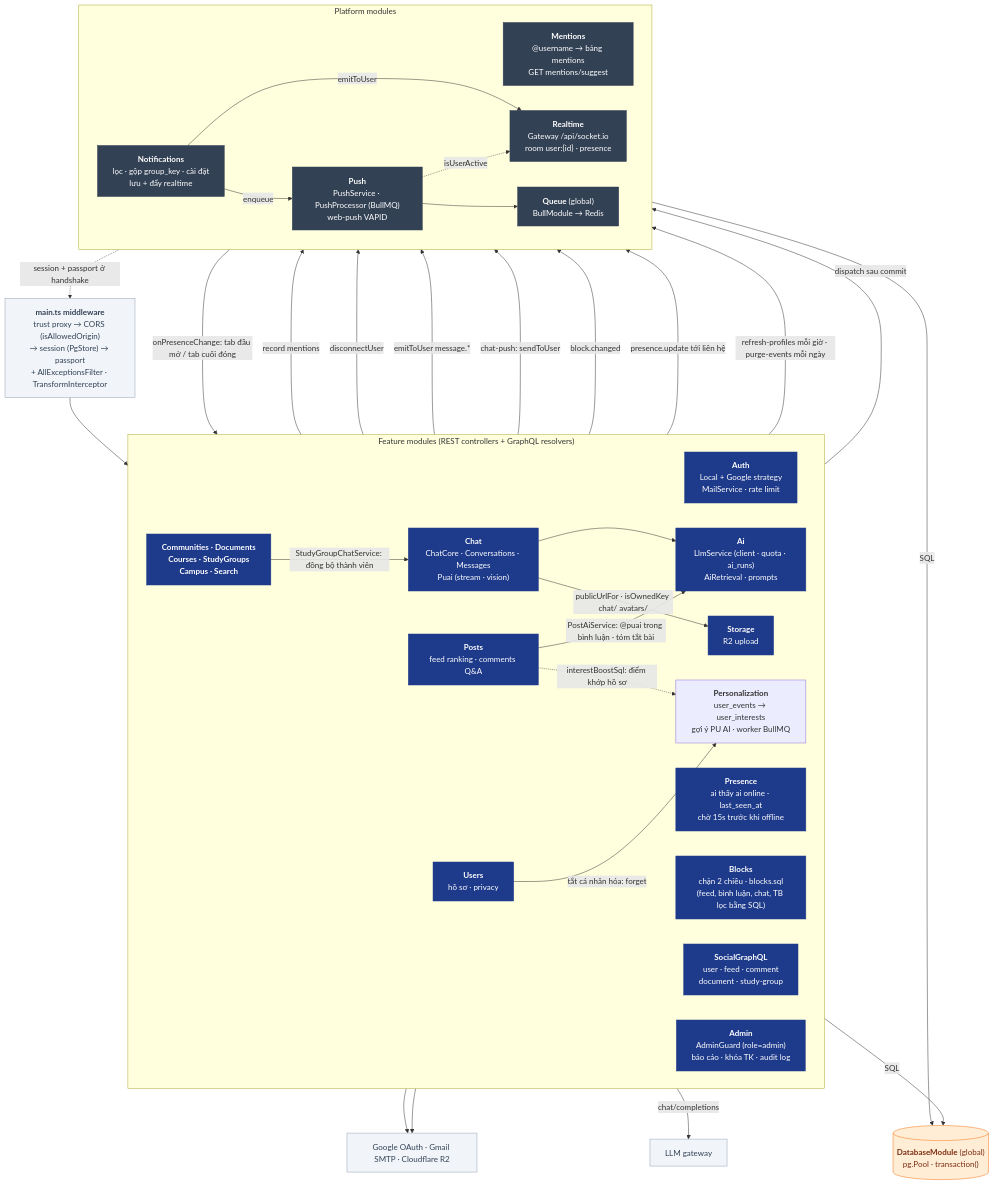
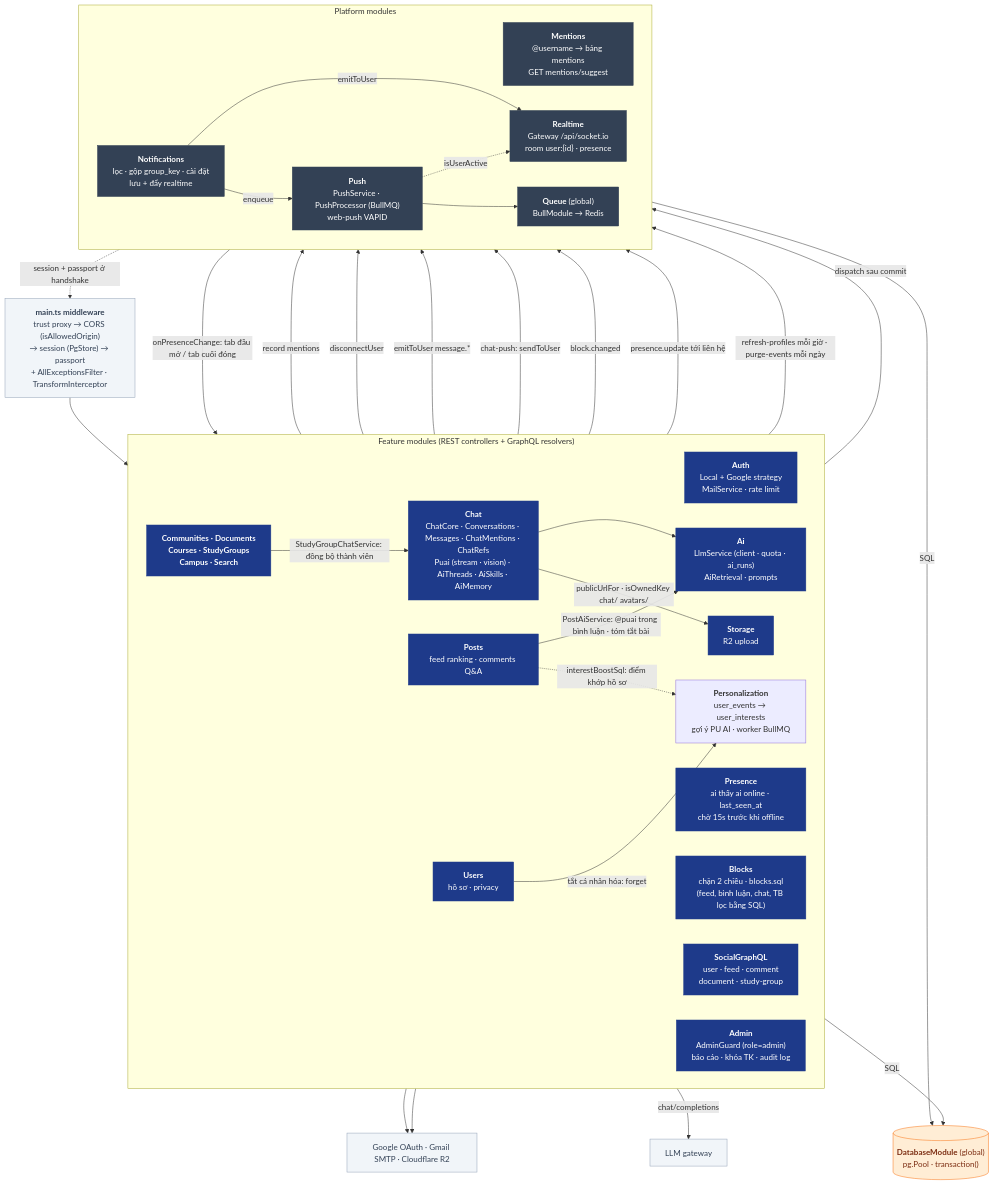
Before and after one commit to nhatcoi/pu-connect: the diagram in docs/diagrams/03-api-components.md, drawn with Mermaid. The commit also changed other lines of this file and 6 other files, not shown here.

Commit message:
docs(chat): document mentions, AI threads, skills, connectors; regenerate ERD

````diff
--- a/docs/diagrams/03-api-components.md
+++ b/docs/diagrams/03-api-components.md
@@ -7,65 +7,65 @@
 ```mermaid
 flowchart TB
   mw["<b>main.ts middleware</b><br/>trust proxy → CORS (isAllowedOrigin)<br/>→ session (PgStore) → passport<br/>+ AllExceptionsFilter · TransformInterceptor"]
 
   subgraph Feature["Feature modules (REST controllers + GraphQL resolvers)"]
     direction LR
     auth["<b>Auth</b><br/>Local + Google strategy<br/>MailService · rate limit"]
     users["<b>Users</b><br/>hồ sơ · privacy"]
     presence["<b>Presence</b><br/>ai thấy ai online · last_seen_at<br/>chờ 15s trước khi offline"]
     blocks["<b>Blocks</b><br/>chặn 2 chiều · blocks.sql<br/>(feed, bình luận, chat, TB lọc bằng SQL)"]
     posts["<b>Posts</b><br/>feed ranking · comments Q&A"]
     gql["<b>SocialGraphQL</b><br/>user · feed · comment<br/>document · study-group"]
     others["<b>Communities · Documents<br/>Courses · StudyGroups<br/>Campus · Search</b>"]
     storage["<b>Storage</b><br/>R2 upload"]
     admin["<b>Admin</b><br/>AdminGuard (role=admin)<br/>báo cáo · khóa TK · audit log"]
-    chat["<b>Chat</b><br/>ChatCore · Conversations · Messages<br/>Puai (stream · vision)"]
+    chat["<b>Chat</b><br/>ChatCore · Conversations · Messages · ChatMentions · ChatRefs<br/>Puai (stream · vision) · AiThreads · AiSkills · AiMemory"]
     ai["<b>Ai</b><br/>LlmService (client · quota · ai_runs)<br/>AiRetrieval · prompts"]
     perso["<b>Personalization</b><br/>user_events → user_interests<br/>gợi ý PU AI · worker BullMQ"]
   end
 
   subgraph Platform["Platform modules"]
     direction LR
     mentions["<b>Mentions</b><br/>@username → bảng mentions<br/>GET mentions/suggest"]
     notif["<b>Notifications</b><br/>lọc · gộp group_key · cài đặt<br/>lưu + đẩy realtime"]
     rt["<b>Realtime</b><br/>Gateway /api/socket.io<br/>room user:{id} · presence"]
     push["<b>Push</b><br/>PushService · PushProcessor (BullMQ)<br/>web-push VAPID"]
     queue["<b>Queue</b> (global)<br/>BullModule → Redis"]
   end
 
   db[("<b>DatabaseModule</b> (global)<br/>pg.Pool · transaction()")]
   ext["Google OAuth · Gmail SMTP · Cloudflare R2"]
 
   mw --> Feature
   posts -->|record mentions| mentions
   Feature -->|dispatch sau commit| notif -->|emitToUser| rt
   notif -->|enqueue| push --> queue
   push -. isUserActive .-> rt
   rt -. session + passport ở handshake .-> mw
   Feature -->|SQL| db
   Platform -->|SQL| db
   auth & storage --> ext
   admin -->|disconnectUser| rt
   chat -->|emitToUser message.*| rt
   chat -->|chat-push: sendToUser| push
   chat --> ai
   posts -->|PostAiService: @puai trong bình luận · tóm tắt bài| ai
   ai -->|chat/completions| llm["LLM gateway"]
   chat -->|publicUrlFor · isOwnedKey chat/ avatars/| storage
   others -->|StudyGroupChatService: đồng bộ thành viên| chat
   blocks -->|block.changed| rt
   rt -->|onPresenceChange: tab đầu mở / tab cuối đóng| presence
   presence -->|presence.update tới liên hệ| rt
   users -->|tắt cá nhân hóa: forget| perso
   perso -->|refresh-profiles mỗi giờ · purge-events mỗi ngày| queue
   posts -. interestBoostSql: điểm khớp hồ sơ .-> perso
 
   classDef mod fill:#1e3a8a,stroke:#1e3a8a,color:#fff
   classDef plat fill:#334155,stroke:#334155,color:#fff
   classDef store fill:#ffedd5,stroke:#f97316,color:#7c2d12
   classDef external fill:#f1f5f9,stroke:#94a3b8,color:#334155
   class auth,users,blocks,presence,ai,posts,communities,others,storage,gql,admin,chat mod
   class mentions,notif,rt,push,queue plat
   class db store
   class ext,mw,llm external
 ```
````
